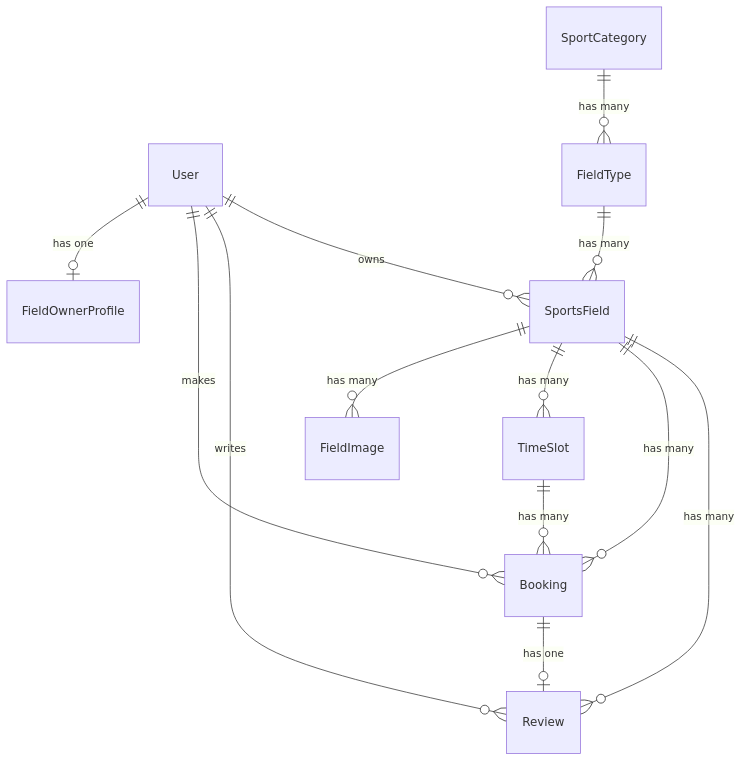
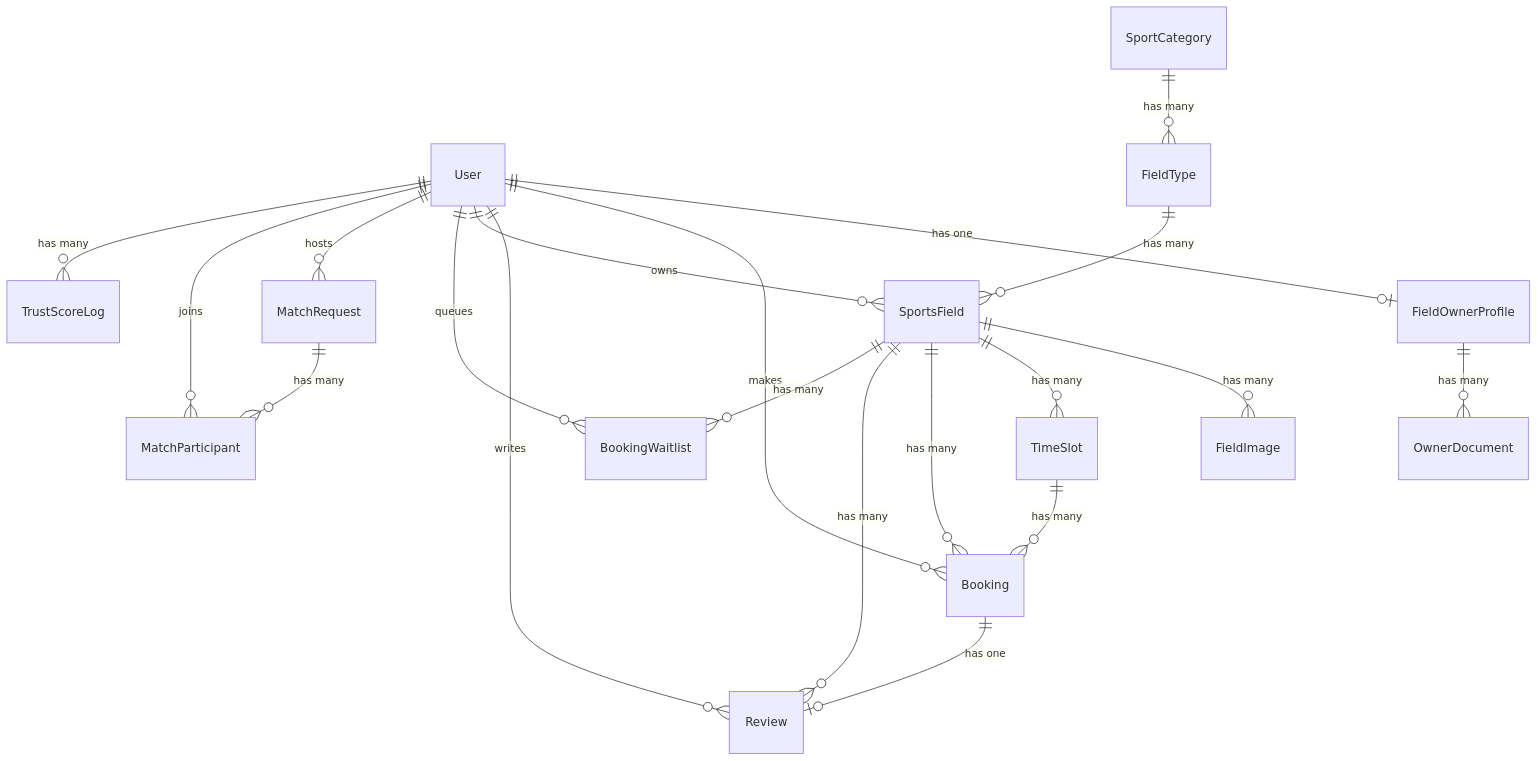
One commit to TeamPoorGuy/tayvuongpj changed the diagram in README.md. Above: the diagram before and after it, drawn with Mermaid. The commit also changed other lines of this file and 23 other files, not shown here.

````diff
--- a/README.md
+++ b/README.md
@@ -42,18 +43,25 @@
 ```mermaid
 erDiagram
     User ||--o| FieldOwnerProfile : "has one"
     User ||--o{ Booking : "makes"
     User ||--o{ Review : "writes"
     User ||--o{ SportsField : "owns"
     
     SportCategory ||--o{ FieldType : "has many"
     FieldType ||--o{ SportsField : "has many"
     
     SportsField ||--o{ FieldImage : "has many"
     SportsField ||--o{ TimeSlot : "has many"
     SportsField ||--o{ Booking : "has many"
     SportsField ||--o{ Review : "has many"
     
     TimeSlot ||--o{ Booking : "has many"
     Booking ||--o| Review : "has one"
+    User ||--o{ BookingWaitlist : "queues"
+    SportsField ||--o{ BookingWaitlist : "has many"
+    User ||--o{ MatchRequest : "hosts"
+    MatchRequest ||--o{ MatchParticipant : "has many"
+    User ||--o{ MatchParticipant : "joins"
+    User ||--o{ TrustScoreLog : "has many"
+    FieldOwnerProfile ||--o{ OwnerDocument : "has many"
 ```
````
